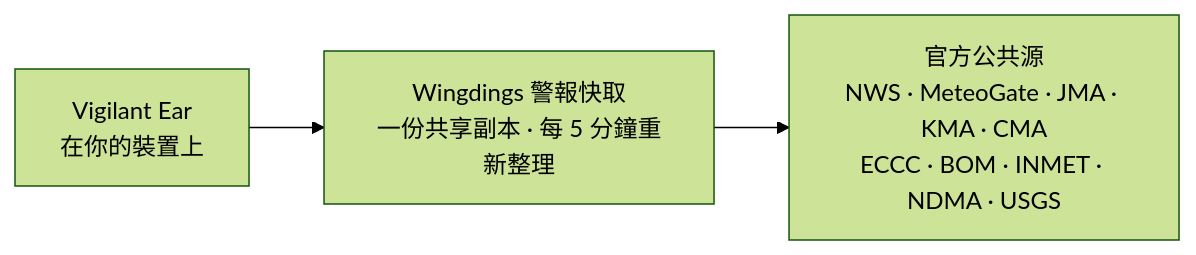
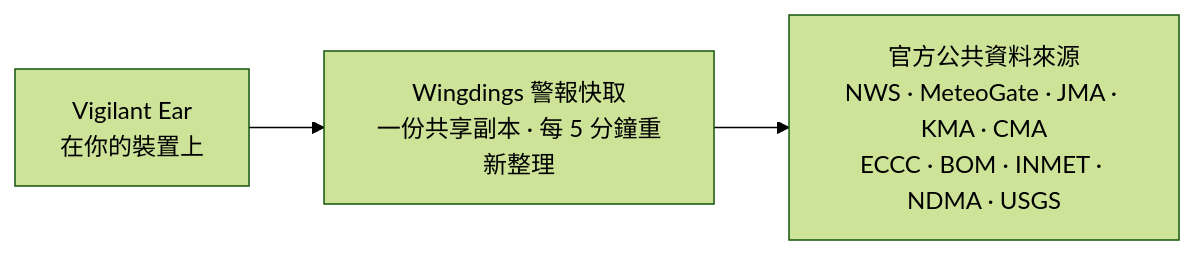
One commit to rpalm01-star/VigilantEarLegal changed the fourth of 4 diagrams in README_zh-Hant.md. Above: the diagram before and after it, drawn with Mermaid (forest theme). The commit also changed other lines of this file and 29 other files, not shown here.

````diff
--- a/README_zh-Hant.md
+++ b/README_zh-Hant.md
@@ -162,5 +171,5 @@
 ```mermaid
 graph LR
     P1["Vigilant Ear<br/>在你的裝置上"] --> W["Wingdings 警報快取<br/>一份共享副本 · 每 5 分鐘重新整理"]
-    W --> N["官方公共源<br/>NWS · MeteoGate · JMA · KMA · CMA<br/>ECCC · BOM · INMET · NDMA · USGS"]
+    W --> N["官方公共資料來源<br/>NWS · MeteoGate · JMA · KMA · CMA<br/>ECCC · BOM · INMET · NDMA · USGS"]
 ```
````
